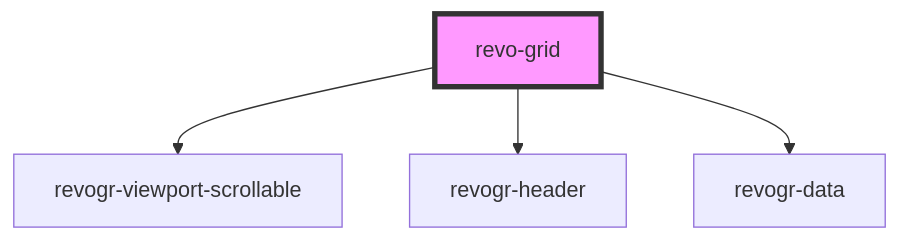
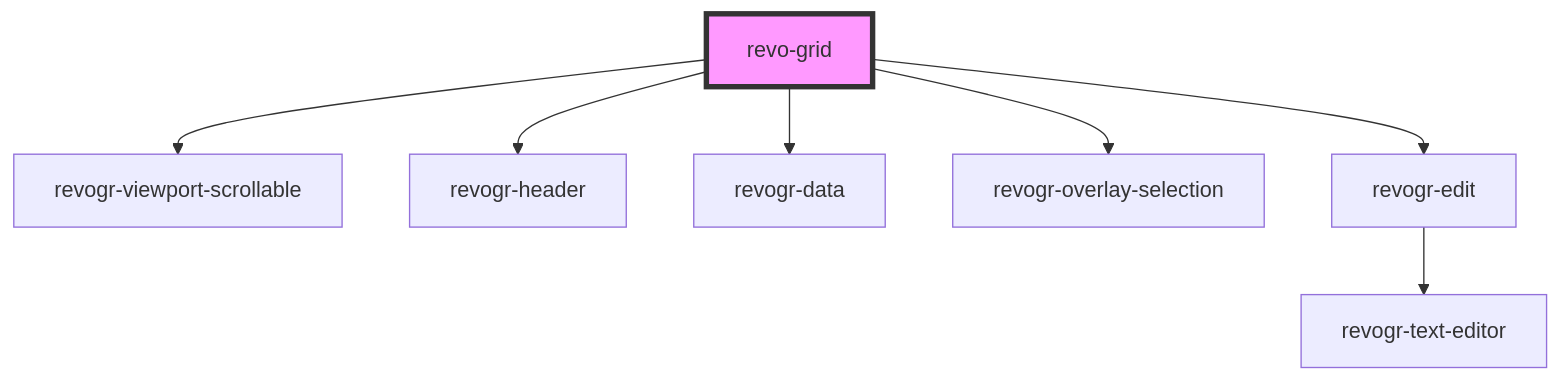
The diagram in src/components/revo-grid/readme.md (revolist/revogrid), drawn with Mermaid before and after one commit. The commit also changed other lines of this file and 4 other files, not shown here.

````diff
--- a/src/components/revo-grid/readme.md
+++ b/src/components/revo-grid/readme.md
@@ -27,7 +33,10 @@
 ```mermaid
 graph TD;
   revo-grid --> revogr-viewport-scrollable
   revo-grid --> revogr-header
   revo-grid --> revogr-data
+  revo-grid --> revogr-overlay-selection
+  revo-grid --> revogr-edit
+  revogr-edit --> revogr-text-editor
   style revo-grid fill:#f9f,stroke:#333,stroke-width:4px
 ```
````
